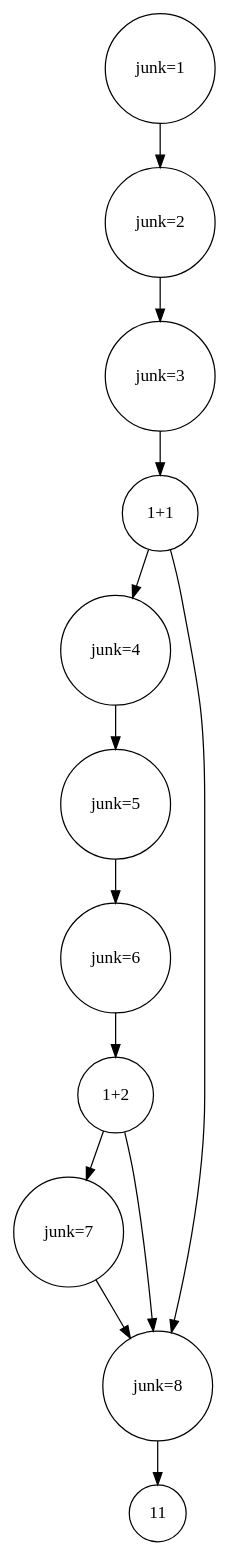
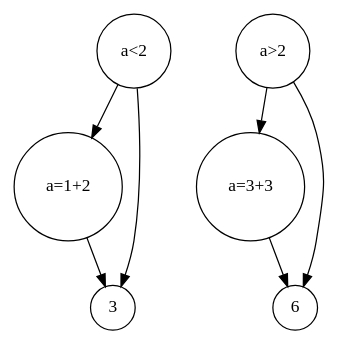
The diagram in fchart.dot (joshrobo/cs451flowchartGenerator), drawn with Graphviz before and after one commit. The commit also changed 7 other files, not shown here.

```diff
--- a/fchart.dot
+++ b/fchart.dot
@@ -1,15 +1,9 @@
 digraph {
 node [shape=circle]
-1->2
-1[label = "junk=1"]2->3
-2[label = "junk=2"]3->4
-3[label = "junk=3"]5->6
-5[label = "junk=4"]6->7
-6[label = "junk=5"]7->8
-7[label = "junk=6"]9->10
-9[label = "junk=7"]8->9
-8[label = "1+2"]8->10
-10->11
-10[label = "junk=8"]4->5
-4[label = "1+1"]4->10
+2->3
+2[label = "a=1+2"]1->2
+1[label = "a<2"]1->3
+5->6
+5[label = "a=3+3"]4->5
+4[label = "a>2"]4->6
 }
```
